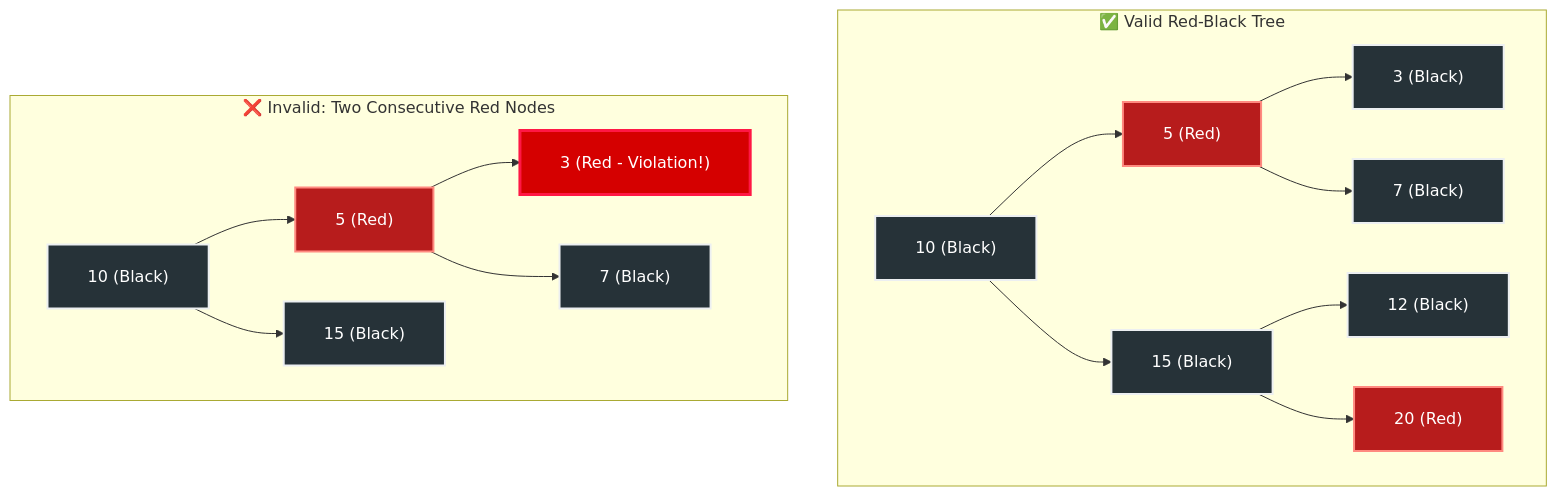
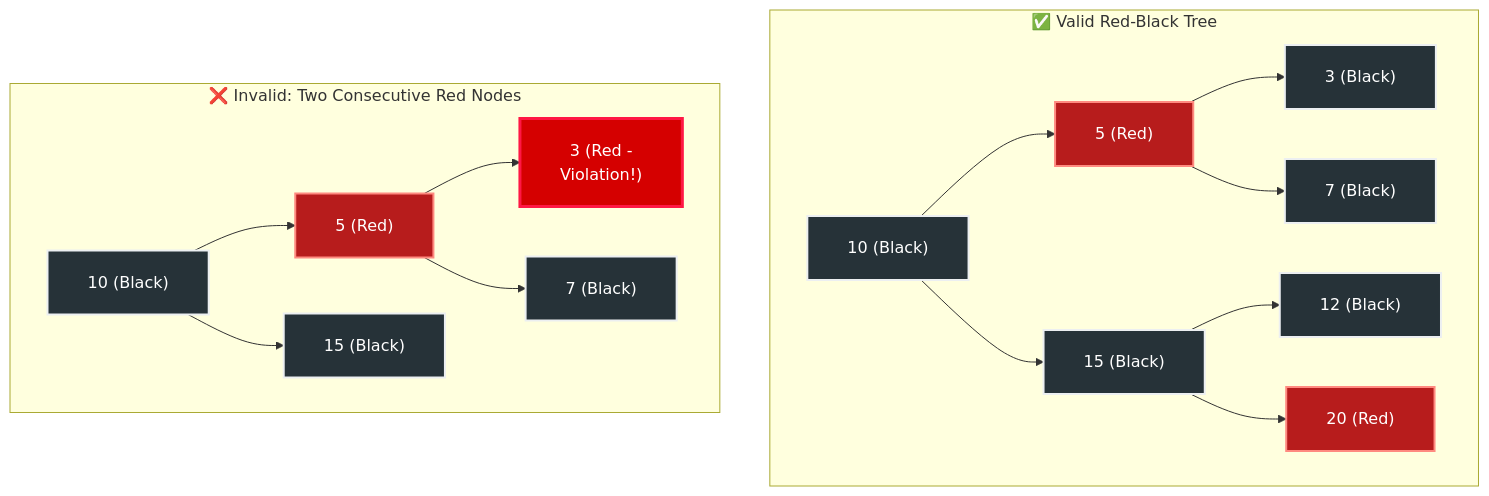
One commit to dip4k/DSA_102 changed diagram 14 of 25 in week_07_trees_and_balanced_search_trees/Week_07_Visual_Concepts_Playbook_HYBRID.md. Above: the diagram before and after it, drawn with Mermaid. The commit also changed other lines of this file and 106 other files, not shown here.

First line of the commit message:
fix(mermaid): prevent text clipping with foreignObject overflow and tighter line wrapping

````diff
--- a/week_07_trees_and_balanced_search_trees/Week_07_Visual_Concepts_Playbook_HYBRID.md
+++ b/week_07_trees_and_balanced_search_trees/Week_07_Visual_Concepts_Playbook_HYBRID.md
@@ -432,23 +432,23 @@
 ```mermaid
-%%{init: {"flowchart": {"htmlLabels": true, "padding": 20}}}%%
+%%{init: {"flowchart": {"htmlLabels": true, "padding": 20}, "themeCSS": "foreignObject { overflow: visible !important; }"}}%%
 flowchart TD
     subgraph ValidRB["✅ Valid Red-Black Tree"]
         V10["10 (Black)"]:::blackNode --> V5["5 (Red)"]:::redNode
         V10 --> V15["15 (Black)"]:::blackNode
         V5 --> V3["3 (Black)"]:::blackNode
         V5 --> V7["7 (Black)"]:::blackNode
         V15 --> V12["12 (Black)"]:::blackNode
         V15 --> V20["20 (Red)"]:::redNode
     end
 
     subgraph InvalidRB["❌ Invalid: Two Consecutive Red Nodes"]
         I10["10 (Black)"]:::blackNode --> I5["5 (Red)"]:::redNode
         I10 --> I15["15 (Black)"]:::blackNode
-        I5 --> I3["3 (Red - Violation!)"]:::violationNode
+        I5 --> I3["3 (Red -<br/>Violation!)"]:::violationNode
         I5 --> I7["7 (Black)"]:::blackNode
     end
 
     classDef blackNode fill:#263238,stroke:#eceff1,stroke-width:2px,color:#ffffff
     classDef redNode fill:#b71c1c,stroke:#ff8a80,stroke-width:2px,color:#ffffff
     classDef violationNode fill:#d50000,stroke:#ff1744,stroke-width:3px,color:#ffffff
 ```
````
